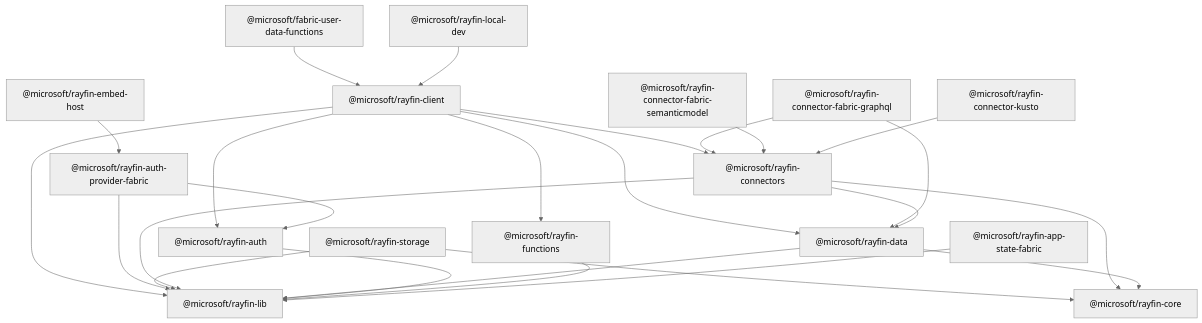
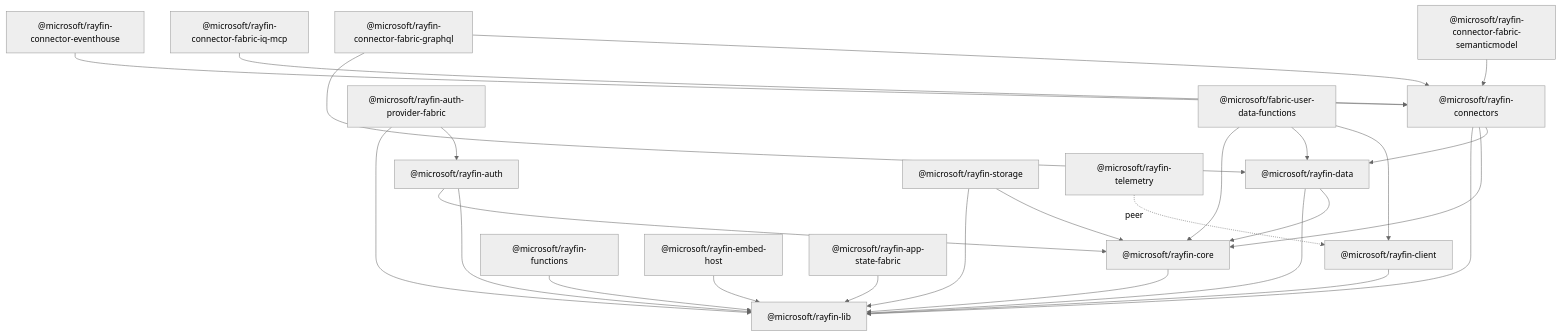
One commit to spatney/rayfin-docs changed the diagram in content/docs/reference/sdk/index.mdx. Above: the diagram before and after it, drawn with Mermaid (neutral theme). The commit also changed other lines of this file and 108 other files, not shown here.

````diff
--- a/content/docs/reference/sdk/index.mdx
+++ b/content/docs/reference/sdk/index.mdx
@@ -55,27 +71,28 @@
 ```mermaid
 graph TD
-  Client["@microsoft/rayfin-client"] --> Auth["@microsoft/rayfin-auth"]
-  Client --> Data["@microsoft/rayfin-data"]
-  Client --> Functions["@microsoft/rayfin-functions"]
-  Client --> Connectors["@microsoft/rayfin-connectors"]
-  Client --> Lib["@microsoft/rayfin-lib"]
-  AuthFabric["@microsoft/rayfin-auth-provider-fabric"] --> Auth
-  AuthFabric --> Lib
-  Storage["@microsoft/rayfin-storage"] --> Core["@microsoft/rayfin-core"]
+  Client["@microsoft/rayfin-client"] --> Lib["@microsoft/rayfin-lib"]
+  Auth["@microsoft/rayfin-auth"] --> Lib
+  Auth --> Core["@microsoft/rayfin-core"]
+  Data["@microsoft/rayfin-data"] --> Core
+  Data --> Lib
+  Functions["@microsoft/rayfin-functions"] --> Lib
+  Storage["@microsoft/rayfin-storage"] --> Core
   Storage --> Lib
+  Connectors["@microsoft/rayfin-connectors"] --> Data
+  Connectors --> Core
+  Connectors --> Lib
   FabricGraphQL["@microsoft/rayfin-connector-fabric-graphql"] --> Connectors
   FabricGraphQL --> Data
   FabricSemantic["@microsoft/rayfin-connector-fabric-semanticmodel"] --> Connectors
-  Kusto["@microsoft/rayfin-connector-kusto"] --> Connectors
-  Connectors --> Core
-  Connectors --> Data
-  Connectors --> Lib
-  Data --> Core
-  Data --> Lib
-  Auth --> Lib
-  Functions --> Lib
+  FabricIq["@microsoft/rayfin-connector-fabric-iq-mcp"] --> Connectors
+  Eventhouse["@microsoft/rayfin-connector-eventhouse"] --> Connectors
+  AuthFabric["@microsoft/rayfin-auth-provider-fabric"] --> Auth
+  AuthFabric --> Lib
+  EmbedHost["@microsoft/rayfin-embed-host"] --> Lib
+  AppState["@microsoft/rayfin-app-state-fabric"] --> Lib
+  Core --> Lib
   Udf["@microsoft/fabric-user-data-functions"] --> Client
-  LocalDev["@microsoft/rayfin-local-dev"] --> Client
-  EmbedHost["@microsoft/rayfin-embed-host"] --> AuthFabric
-  AppState["@microsoft/rayfin-app-state-fabric"] --> Lib
+  Udf --> Data
+  Udf --> Core
+  Telemetry["@microsoft/rayfin-telemetry"] -. peer .-> Client
 ```
````
